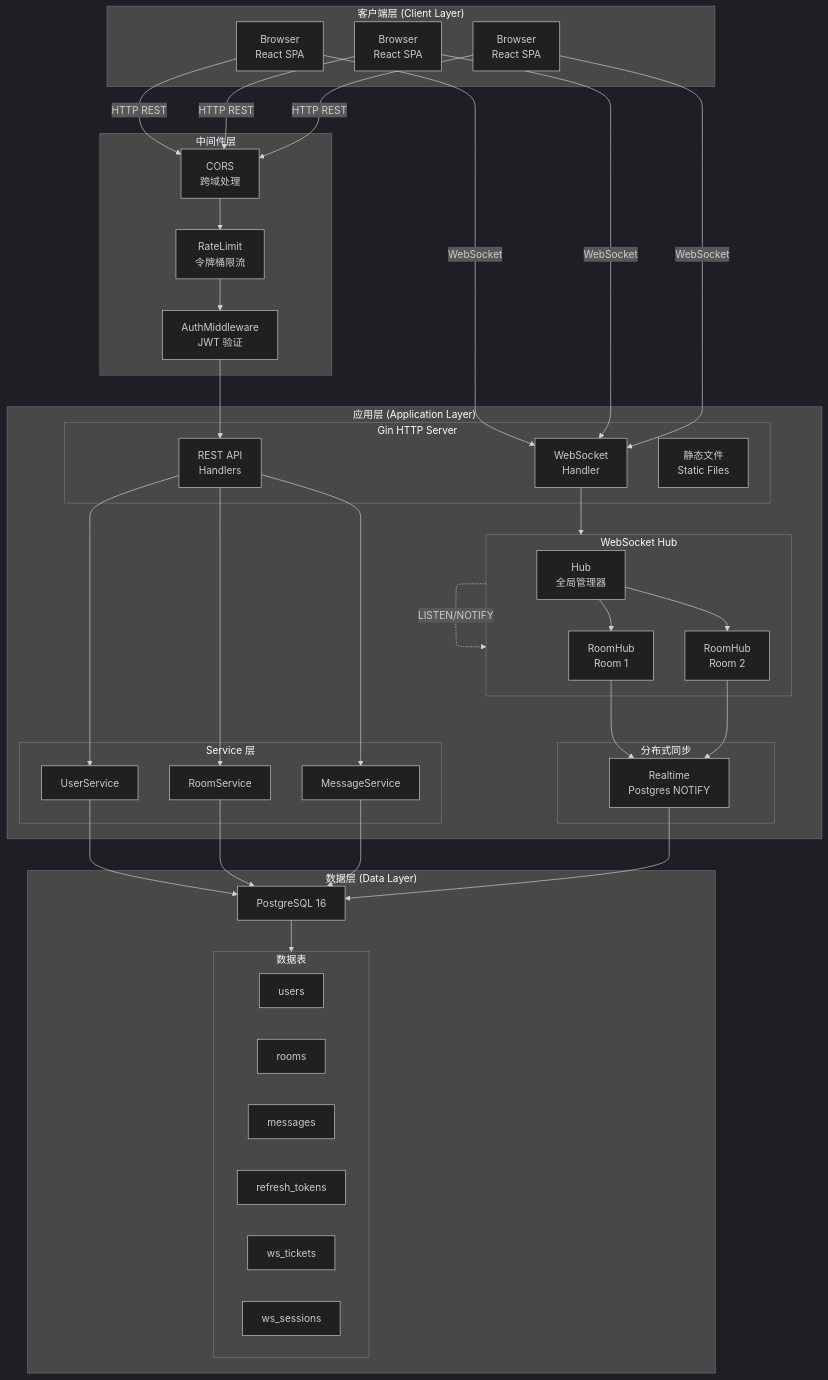
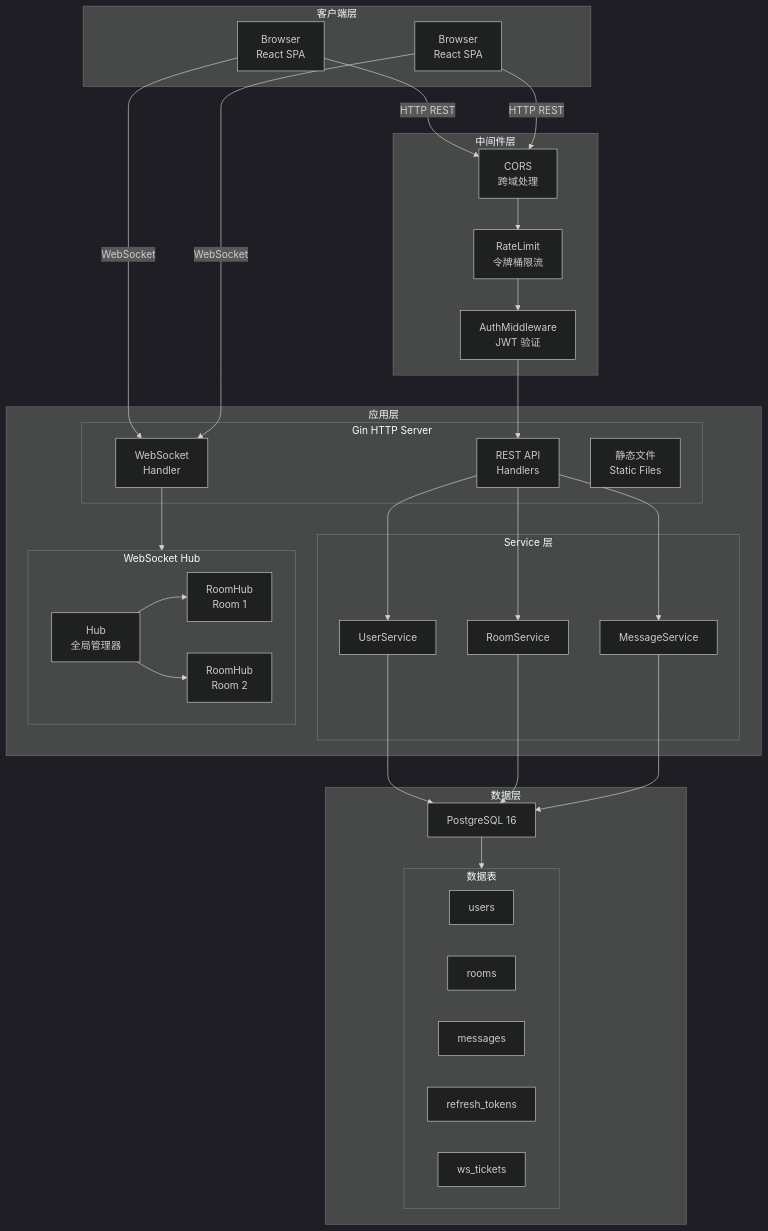
Before and after one commit to build-workbench/chatroom: the first of 2 diagrams in docs/architecture/system.md, drawn with Mermaid (dark theme). The commit also changed other lines of this file and 25 other files, not shown here.

````diff
--- a/docs/architecture/system.md
+++ b/docs/architecture/system.md
@@ -49,64 +46,54 @@
 ```mermaid
 flowchart TB
-    subgraph Client["客户端层 (Client Layer)"]
+    subgraph Client["客户端层"]
         B1["Browser<br/>React SPA"]
         B2["Browser<br/>React SPA"]
-        B3["Browser<br/>React SPA"]
     end
 
-    subgraph App["应用层 (Application Layer)"]
+    subgraph App["应用层"]
         subgraph Gin["Gin HTTP Server"]
             REST["REST API<br/>Handlers"]
             WS["WebSocket<br/>Handler"]
             Static["静态文件<br/>Static Files"]
         end
-        
+
         subgraph Services["Service 层"]
             UserService["UserService"]
             RoomService["RoomService"]
             MsgService["MessageService"]
         end
-        
+
         subgraph WSHub["WebSocket Hub"]
             Hub["Hub<br/>全局管理器"]
             RoomHub1["RoomHub<br/>Room 1"]
             RoomHub2["RoomHub<br/>Room 2"]
             Hub --> RoomHub1
             Hub --> RoomHub2
-        end
-        
-        subgraph Realtime["分布式同步"]
-            RT["Realtime<br/>Postgres NOTIFY"]
         end
     end
 
     subgraph MW["中间件层"]
         AuthMW["AuthMiddleware<br/>JWT 验证"]
         RateMW["RateLimit<br/>令牌桶限流"]
         CORS["CORS<br/>跨域处理"]
     end
 
-    subgraph Data["数据层 (Data Layer)"]
+    subgraph Data["数据层"]
         PG["PostgreSQL 16"]
         subgraph Tables["数据表"]
             Users["users"]
             Rooms["rooms"]
             Messages["messages"]
             RTokens["refresh_tokens"]
             WSTickets["ws_tickets"]
-            WSSessions["ws_sessions"]
         end
         PG --> Tables
     end
 
-    B1 & B2 & B3 -->|HTTP REST| CORS --> RateMW --> AuthMW --> REST
-    B1 & B2 & B3 -->|WebSocket| WS
-    
+    B1 & B2 -->|HTTP REST| CORS --> RateMW --> AuthMW --> REST
+    B1 & B2 -->|WebSocket| WS
+
     REST --> UserService & RoomService & MsgService --> PG
-    
+
     WS --> WSHub
-    RoomHub1 & RoomHub2 --> RT
-    RT --> PG
-    
-    WSHub -.->|LISTEN/NOTIFY| WSHub
 ```
````
